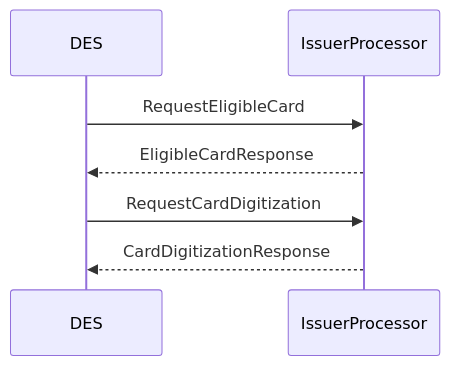
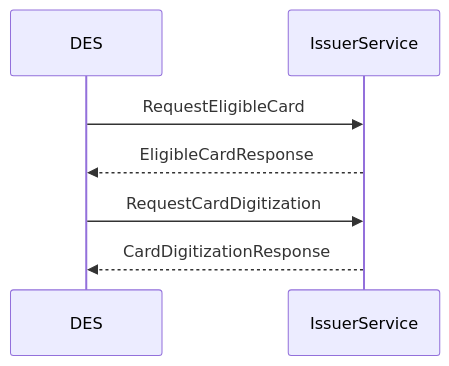
One commit to BankAxept/bankaxept-des-external-documentation changed the second of 3 diagrams in docs/enrolment_epayment.md. Above: the diagram before and after it, drawn with Mermaid. The commit also changed other lines of this file and 4 other files, not shown here.

````diff
--- a/docs/enrolment_epayment.md
+++ b/docs/enrolment_epayment.md
@@ -48,10 +48,10 @@
 ```mermaid
 
 sequenceDiagram
     participant DES
-    participant IssuerProcessor
-    DES ->> IssuerProcessor: RequestEligibleCard
-    IssuerProcessor -->> DES: EligibleCardResponse
-    DES ->> IssuerProcessor: RequestCardDigitization
-    IssuerProcessor -->> DES: CardDigitizationResponse
+    participant IssuerService
+    DES ->> IssuerService: RequestEligibleCard
+    IssuerService -->> DES: EligibleCardResponse
+    DES ->> IssuerService: RequestCardDigitization
+    IssuerService -->> DES: CardDigitizationResponse
 ```
````
